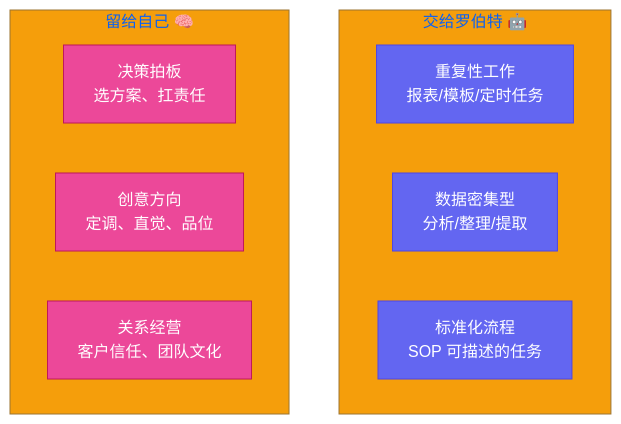
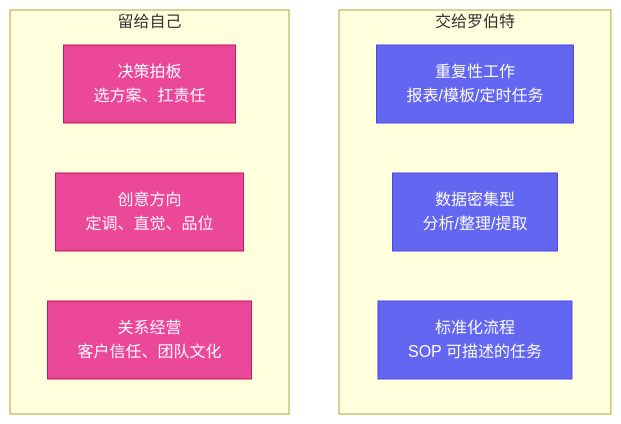
Before and after one commit to VokoForge/ai-prism: the first of 2 diagrams in posts/yason-and-roberts/zh/ch18.md, drawn with Mermaid. The commit also changed other lines of this file and 31 other files, not shown here.

First line of the commit message:
✨ Rewrite all articles: hook titles, Mermaid diagrams, engaging style

````diff
--- a/posts/yason-and-roberts/zh/ch18.md
+++ b/posts/yason-and-roberts/zh/ch18.md
@@ -56,22 +56,21 @@
 ```mermaid
-%%{init: {'theme': 'base', 'themeVariables': {'primaryColor': '#6366f1','primaryTextColor': '#fff','primaryBorderColor': '#4f46e5','lineColor': '#8b5cf6','secondaryColor': '#ec4899','tertiaryColor': '#f59e0b'}}}%%
 graph TB
-    subgraph "交给罗伯特 🤖"
+    subgraph "交给罗伯特"
         T1["重复性工作<br>报表/模板/定时任务"]
         T2["数据密集型<br>分析/整理/提取"]
         T3["标准化流程<br>SOP 可描述的任务"]
     end
 
-    subgraph "留给自己 🧠"
+    subgraph "留给自己"
         M1["决策拍板<br>选方案、扛责任"]
         M2["创意方向<br>定调、直觉、品位"]
         M3["关系经营<br>客户信任、团队文化"]
     end
 
     style T1 fill:#6366f1,stroke:#4f46e5,color:#fff
     style T2 fill:#6366f1,stroke:#4f46e5,color:#fff
     style T3 fill:#6366f1,stroke:#4f46e5,color:#fff
     style M1 fill:#ec4899,stroke:#be185d,color:#fff
     style M2 fill:#ec4899,stroke:#be185d,color:#fff
     style M3 fill:#ec4899,stroke:#be185d,color:#fff
 ```
````
